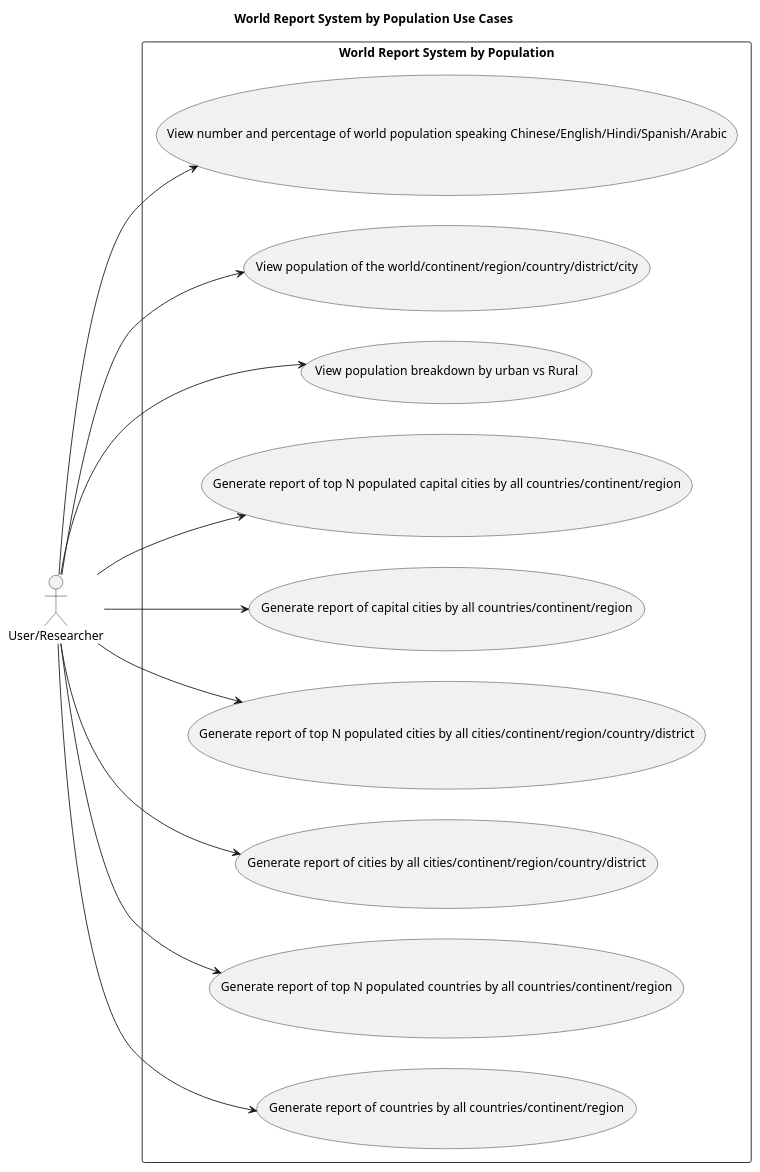
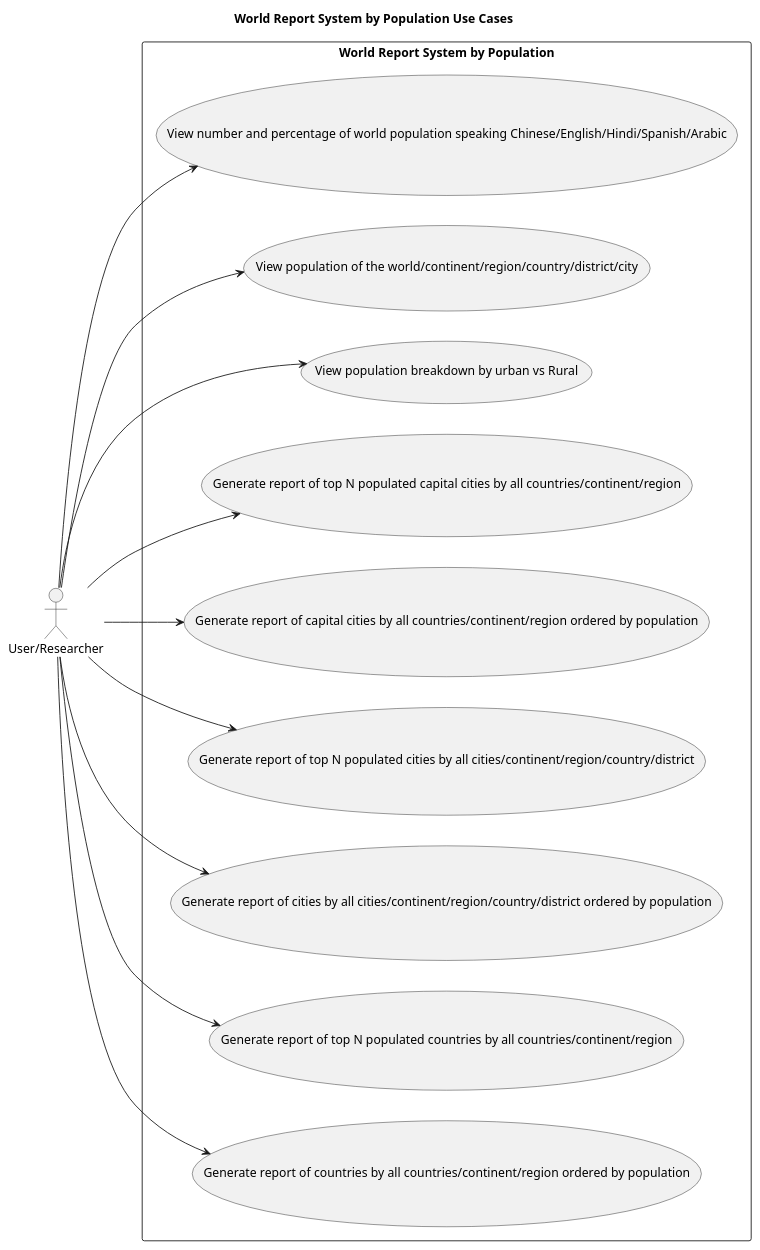
The diagram in usecases/Use Case Diagram.puml (linphone-40685558/group3-coursework), drawn with PlantUML before and after one commit. The commit also changed 2 other files, not shown here.

Commit message:
Update use case diagram

```diff
--- a/usecases/Use Case Diagram.puml
+++ b/usecases/Use Case Diagram.puml
@@ -1,36 +1,36 @@
 @startuml
 title World Report System by Population Use Cases
 
 actor "User/Researcher" as User
 
 rectangle "World Report System by Population" {
 
   (View number and percentage of world population speaking Chinese/English/Hindi/Spanish/Arabic)
 
   (View population of the world/continent/region/country/district/city)
 
   (View population breakdown by urban vs Rural)
 
   (Generate report of top N populated capital cities by all countries/continent/region)
-  (Generate report of capital cities by all countries/continent/region)
+  (Generate report of capital cities by all countries/continent/region ordered by population)
 
   (Generate report of top N populated cities by all cities/continent/region/country/district)
-  (Generate report of cities by all cities/continent/region/country/district)
+  (Generate report of cities by all cities/continent/region/country/district ordered by population)
 
   (Generate report of top N populated countries by all countries/continent/region)
-  (Generate report of countries by all countries/continent/region)
+  (Generate report of countries by all countries/continent/region ordered by population)
 
 }
 
 left to right direction
 User --> (View number and percentage of world population speaking Chinese/English/Hindi/Spanish/Arabic)
 User --> (View population of the world/continent/region/country/district/city)
 User --> (View population breakdown by urban vs Rural)
 User --> (Generate report of top N populated capital cities by all countries/continent/region)
-User --> (Generate report of capital cities by all countries/continent/region)
+User --> (Generate report of capital cities by all countries/continent/region ordered by population)
 User --> (Generate report of top N populated cities by all cities/continent/region/country/district)
-User --> (Generate report of cities by all cities/continent/region/country/district)
+User --> (Generate report of cities by all cities/continent/region/country/district ordered by population)
 User --> (Generate report of top N populated countries by all countries/continent/region)
-User --> (Generate report of countries by all countries/continent/region)
+User --> (Generate report of countries by all countries/continent/region ordered by population)
 
 @enduml
```
